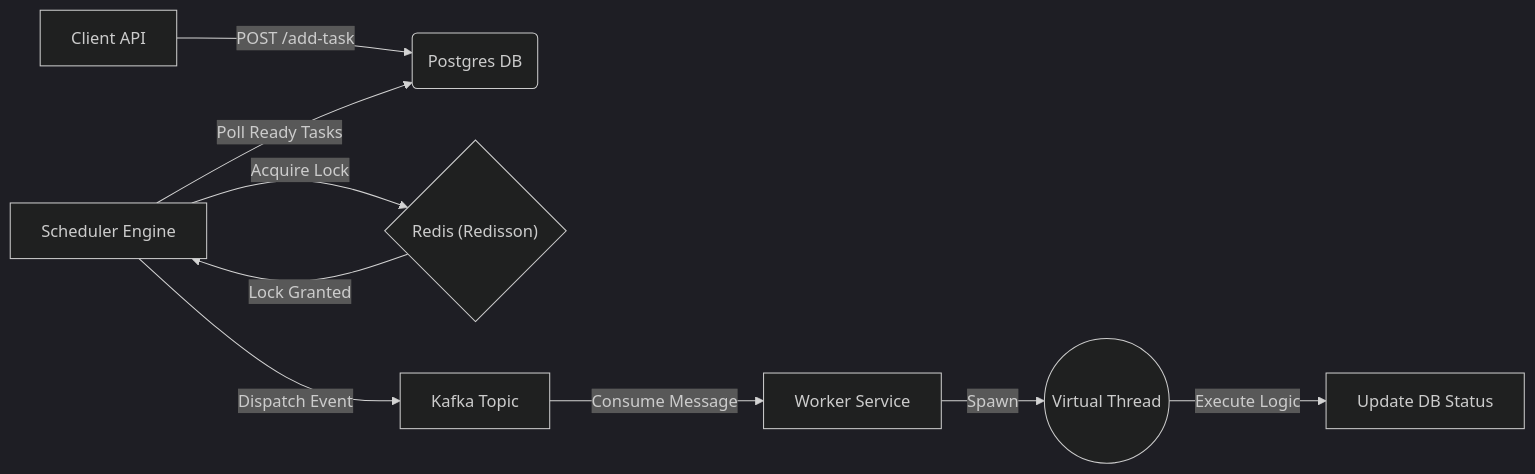
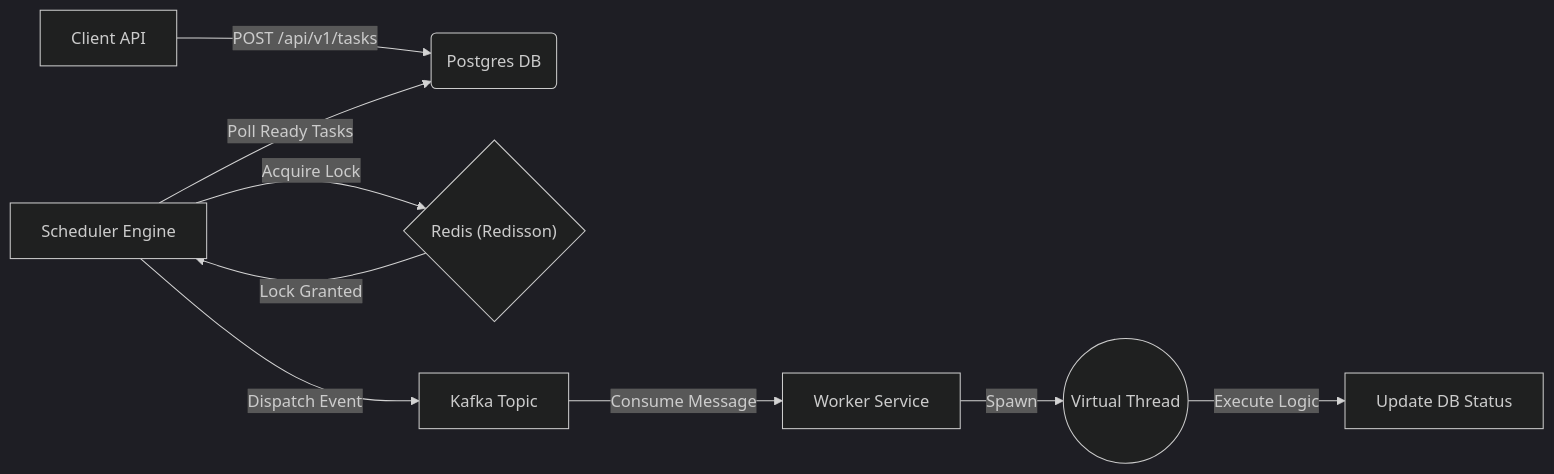
Before and after one commit to JinalKay/task-scheduler: the diagram in README.md, drawn with Mermaid (dark theme). The commit also changed other lines of this file, not shown here.

Commit message:
Fix README: correct task-creation endpoint and Spring Boot version

````diff
--- a/README.md
+++ b/README.md
@@ -15,11 +15,11 @@
 ```mermaid
 graph LR
-    A[Client API] -->|POST /add-task| B(Postgres DB)
+    A[Client API] -->|POST /api/v1/tasks| B(Postgres DB)
     C[Scheduler Engine] -->|Acquire Lock| D{"Redis (Redisson)"}
     D -- Lock Granted --> C
     C -->|Poll Ready Tasks| B
     C -->|Dispatch Event| E[Kafka Topic]
     E -->|Consume Message| F[Worker Service]
     F -->|Spawn| G((Virtual Thread))
     G -->|Execute Logic| H[Update DB Status]
 ```
````
